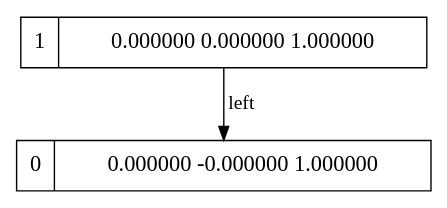
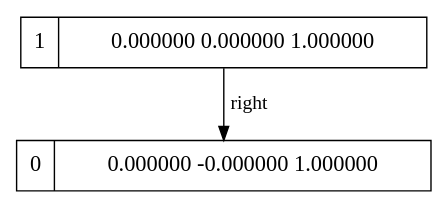
The diagram in Render2/groundoutGraph.dot (AryaGosuDev/RayTracer), drawn with Graphviz before and after one commit. The commit also changed 29 other files, not shown here.

```diff
--- a/Render2/groundoutGraph.dot
+++ b/Render2/groundoutGraph.dot
@@ -1,1 +1,1 @@
-digraph g { graph []; node [ fontsize="16" shape = "ellipse"]; edge [];"node1" [ label = "1 | 0.000000 0.000000 1.000000 " shape = "record" ];"node0" [ label = "0 | 0.000000 -0.000000 1.000000 " shape = "record" ];"node1"-> "node0" [ label = "left"];}
+digraph g { graph []; node [ fontsize="16" shape = "ellipse"]; edge [];"node1" [ label = "1 | 0.000000 0.000000 1.000000 " shape = "record" ];"node0" [ label = "0 | 0.000000 -0.000000 1.000000 " shape = "record" ];"node1"-> "node0" [ label = "right"];}
```
